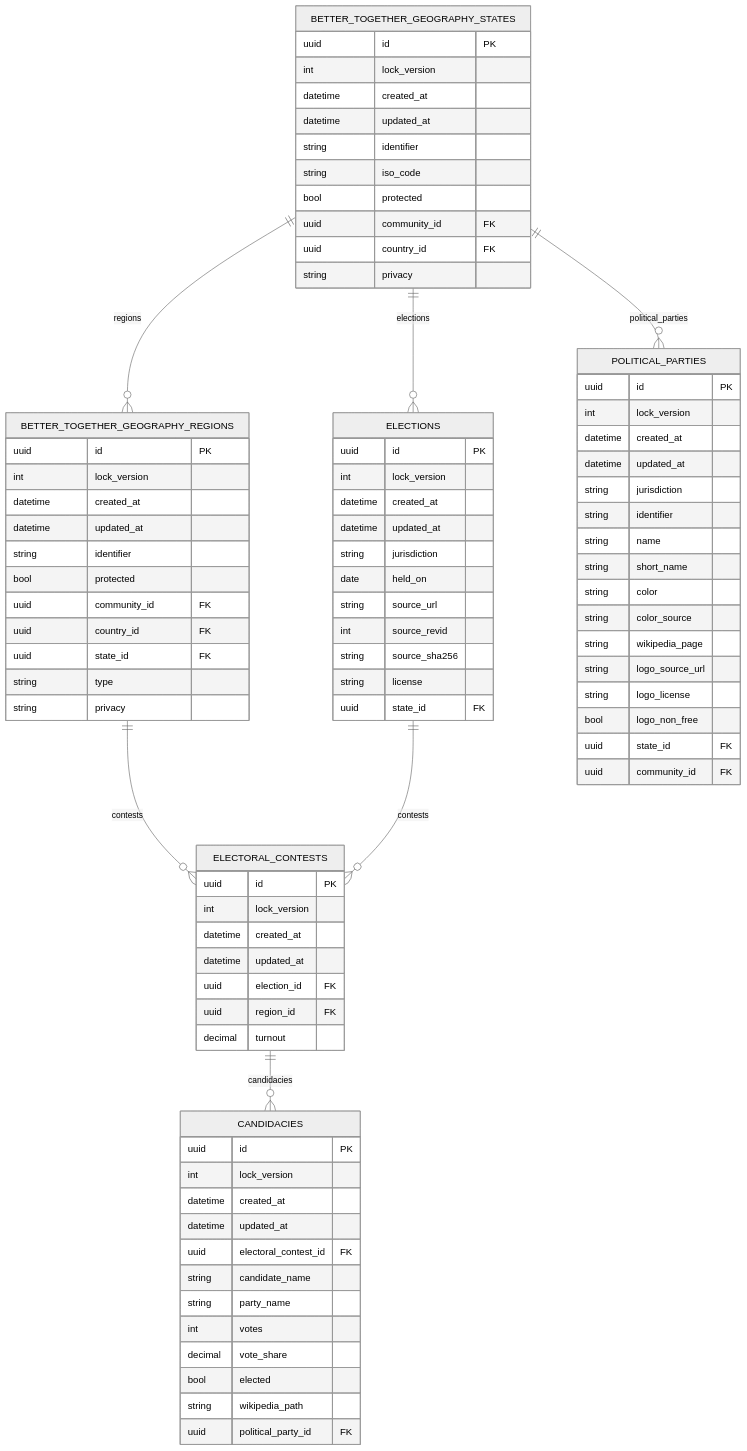
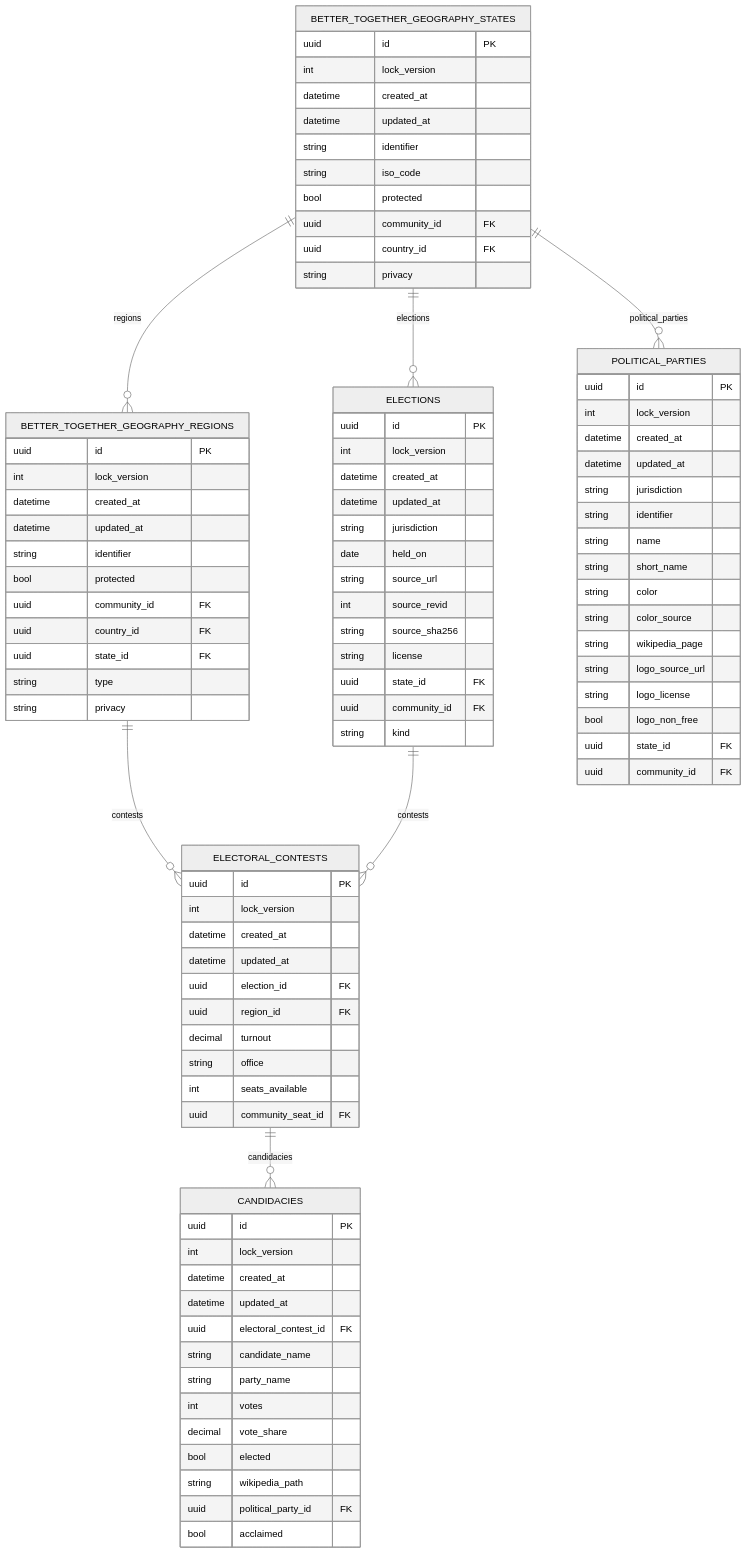
Before and after one commit to better-together-solutions/newfoundlandlabradoronline: the diagram in docs/diagrams/source/nlo_elections_schema_erd.mmd, drawn with Mermaid (neutral theme). The commit also changed 85 other files, not shown here.

```diff
--- a/docs/diagrams/source/nlo_elections_schema_erd.mmd
+++ b/docs/diagrams/source/nlo_elections_schema_erd.mmd
@@ -1,88 +1,94 @@
 %% Generated by scripts/export_diagrams.rb. Do not edit by hand.
 %% render.orientation: landscape
 erDiagram
   BETTER_TOGETHER_GEOGRAPHY_STATES {
     uuid id PK
     int lock_version
     datetime created_at
     datetime updated_at
     string identifier
     string iso_code
     bool protected
     uuid community_id FK
     uuid country_id FK
     string privacy
   }
   BETTER_TOGETHER_GEOGRAPHY_REGIONS {
     uuid id PK
     int lock_version
     datetime created_at
     datetime updated_at
     string identifier
     bool protected
     uuid community_id FK
     uuid country_id FK
     uuid state_id FK
     string type
     string privacy
   }
   ELECTIONS {
     uuid id PK
     int lock_version
     datetime created_at
     datetime updated_at
     string jurisdiction
     date held_on
     string source_url
     int source_revid
     string source_sha256
     string license
     uuid state_id FK
+    uuid community_id FK
+    string kind
   }
   ELECTORAL_CONTESTS {
     uuid id PK
     int lock_version
     datetime created_at
     datetime updated_at
     uuid election_id FK
     uuid region_id FK
     decimal turnout
+    string office
+    int seats_available
+    uuid community_seat_id FK
   }
   CANDIDACIES {
     uuid id PK
     int lock_version
     datetime created_at
     datetime updated_at
     uuid electoral_contest_id FK
     string candidate_name
     string party_name
     int votes
     decimal vote_share
     bool elected
     string wikipedia_path
     uuid political_party_id FK
+    bool acclaimed
   }
   POLITICAL_PARTIES {
     uuid id PK
     int lock_version
     datetime created_at
     datetime updated_at
     string jurisdiction
     string identifier
     string name
     string short_name
     string color
     string color_source
     string wikipedia_page
     string logo_source_url
     string logo_license
     bool logo_non_free
     uuid state_id FK
     uuid community_id FK
   }
   BETTER_TOGETHER_GEOGRAPHY_STATES ||--o{ BETTER_TOGETHER_GEOGRAPHY_REGIONS : "regions"
   BETTER_TOGETHER_GEOGRAPHY_STATES ||--o{ POLITICAL_PARTIES : "political_parties"
   BETTER_TOGETHER_GEOGRAPHY_STATES ||--o{ ELECTIONS : "elections"
   BETTER_TOGETHER_GEOGRAPHY_REGIONS ||--o{ ELECTORAL_CONTESTS : "contests"
   ELECTIONS ||--o{ ELECTORAL_CONTESTS : "contests"
   ELECTORAL_CONTESTS ||--o{ CANDIDACIES : "candidacies"
```
